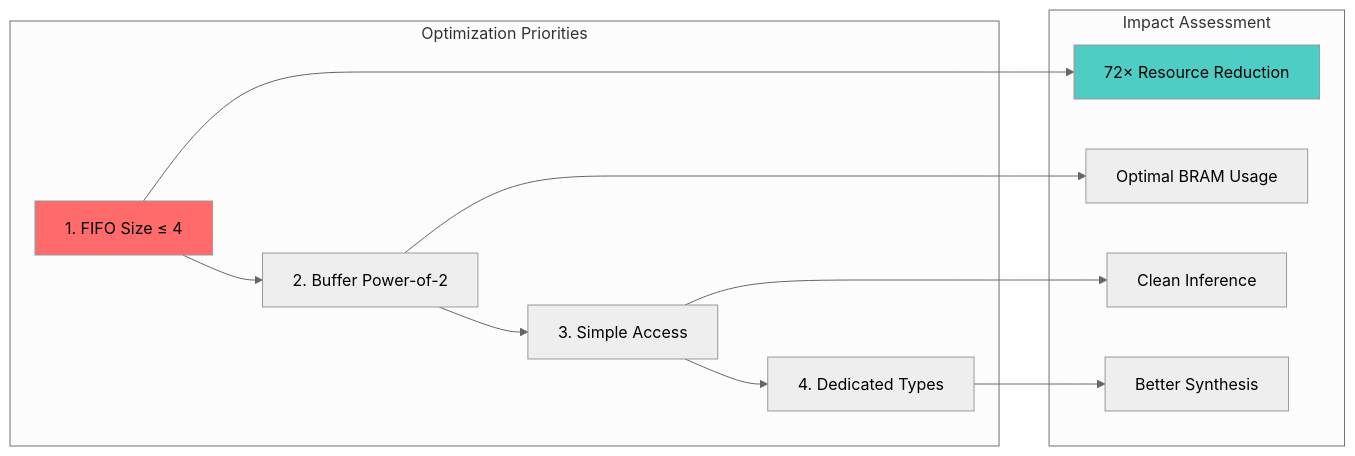
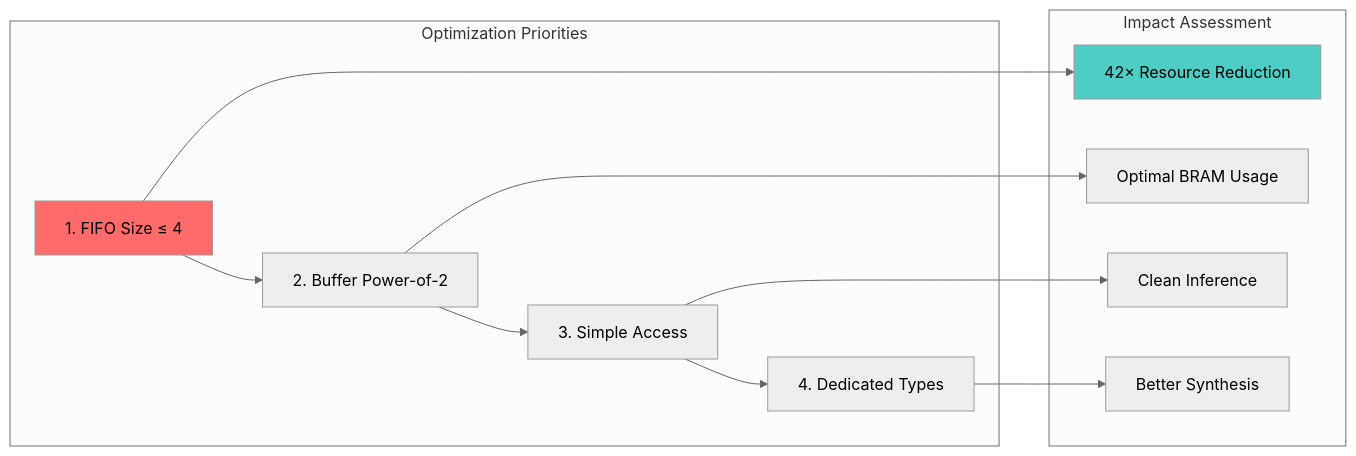
Before and after one commit to rockyco/extractSSBsig: the tenth of 16 diagrams in README.md, drawn with Mermaid (neutral theme). The commit also changed other lines of this file, not shown here.

````diff
--- a/README.md
+++ b/README.md
@@ -702,18 +702,18 @@
 ```mermaid
 graph LR
     subgraph "Optimization Priorities"
         P1[1. FIFO Size ≤ 4] --> P2[2. Buffer Power-of-2]
         P2 --> P3[3. Simple Access]
         P3 --> P4[4. Dedicated Types]
     end
     
     subgraph "Impact Assessment"
-        P1 --> I1[72× Resource Reduction]
+        P1 --> I1[42× Resource Reduction]
         P2 --> I2[Optimal BRAM Usage]
         P3 --> I3[Clean Inference]
         P4 --> I4[Better Synthesis]
     end
     
     style P1 fill:#ff6b6b
     style I1 fill:#4ecdc4
 ```
````
